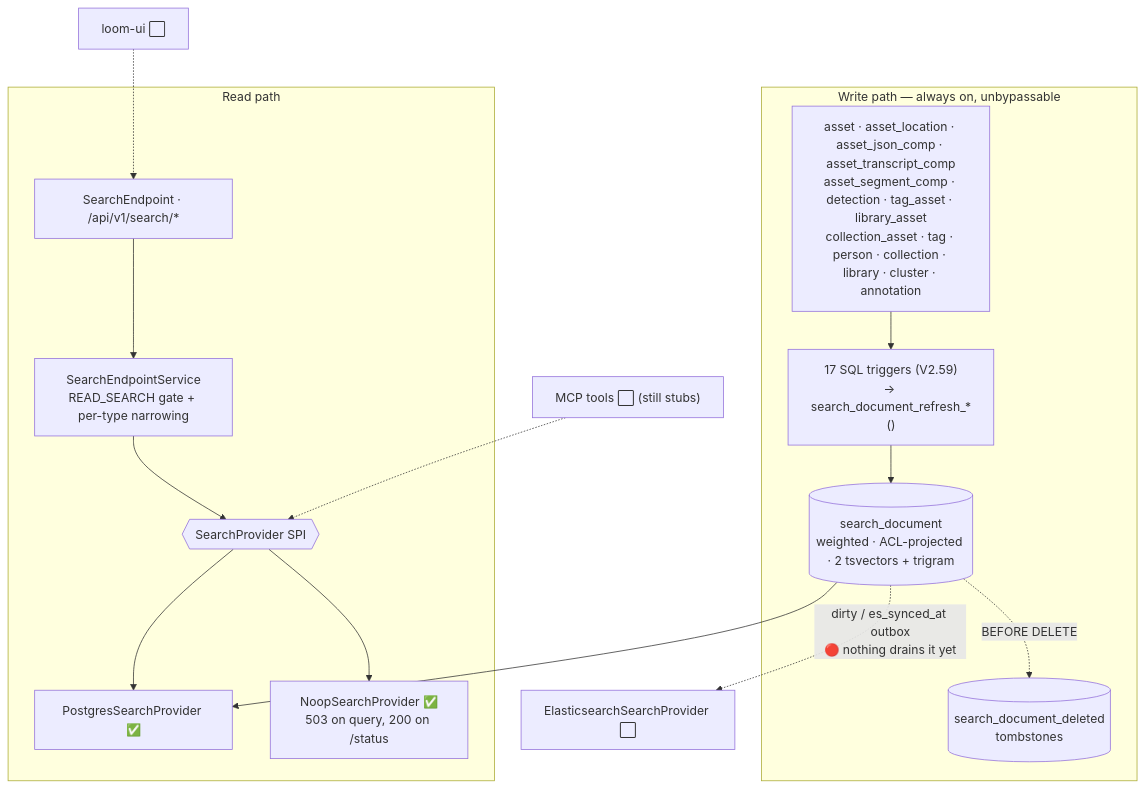
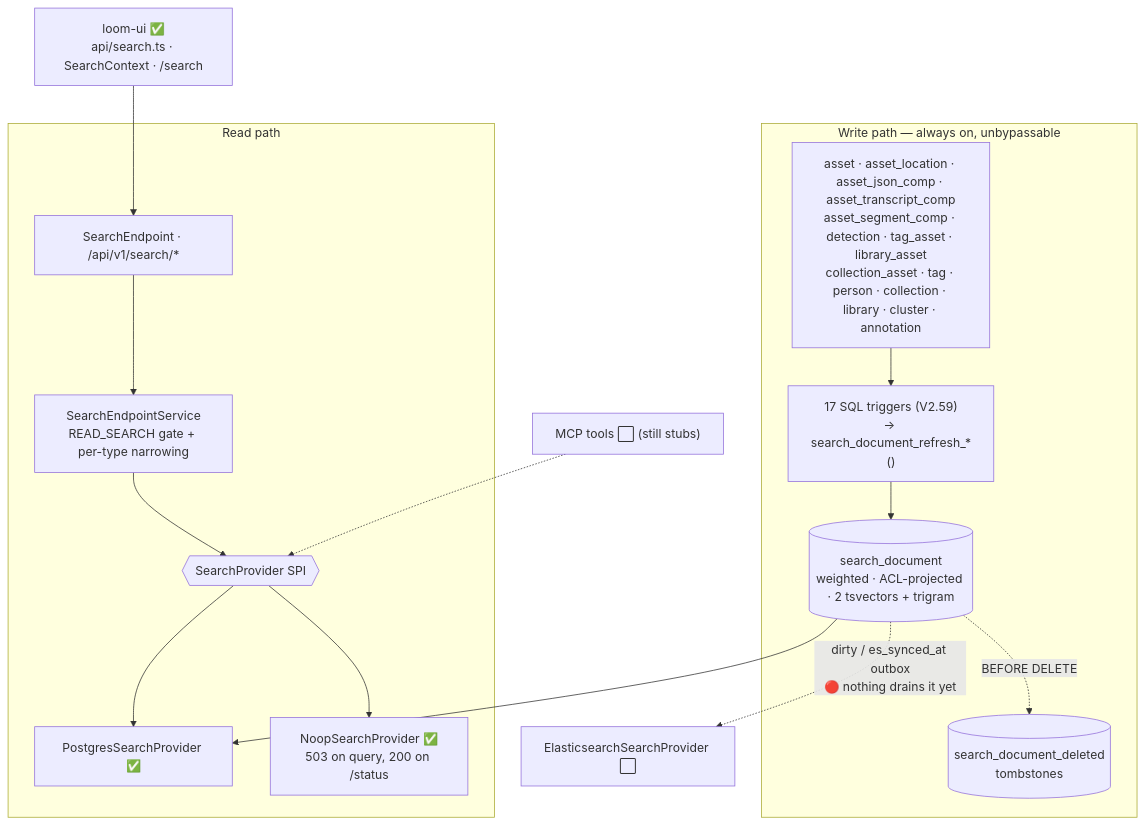
One commit to metaloom/metaloom changed the diagram in spec/features/search/SEARCH.md. Above: the diagram before and after it, drawn with Mermaid. The commit also changed other lines of this file and 91 other files, not shown here.

````diff
--- a/spec/features/search/SEARCH.md
+++ b/spec/features/search/SEARCH.md
@@ -45,27 +46,27 @@
 ```mermaid
 graph TB
     subgraph writes["Write path — always on, unbypassable"]
         SRC["asset · asset_location · asset_json_comp · asset_transcript_comp<br/>asset_segment_comp · detection · tag_asset · library_asset<br/>collection_asset · tag · person · collection · library · cluster · annotation"]
         TRG["17 SQL triggers (V2.59)<br/>→ search_document_refresh_*()"]
         DOC[("search_document<br/>weighted · ACL-projected · 2 tsvectors + trigram")]
         TOMB[("search_document_deleted<br/>tombstones")]
         SRC --> TRG --> DOC
         DOC -.->|BEFORE DELETE| TOMB
     end
 
     subgraph read["Read path"]
         EP["SearchEndpoint · /api/v1/search/*"]
         SVC["SearchEndpointService<br/>READ_SEARCH gate + per-type narrowing"]
         SPI{{"SearchProvider SPI"}}
         PG["PostgresSearchProvider ✅"]
         NOOP["NoopSearchProvider ✅<br/>503 on query, 200 on /status"]
         EP --> SVC --> SPI
         SPI --> PG
         SPI --> NOOP
     end
 
     DOC --> PG
     DOC -.->|"dirty / es_synced_at outbox<br/>🔴 nothing drains it yet"| ES["ElasticsearchSearchProvider ⬜"]
-    UI["loom-ui ⬜"] -.-> EP
+    UI["loom-ui ✅<br/>api/search.ts · SearchContext · /search"] --> EP
     MCP["MCP tools ⬜ (still stubs)"] -.-> SPI
 ```
````
